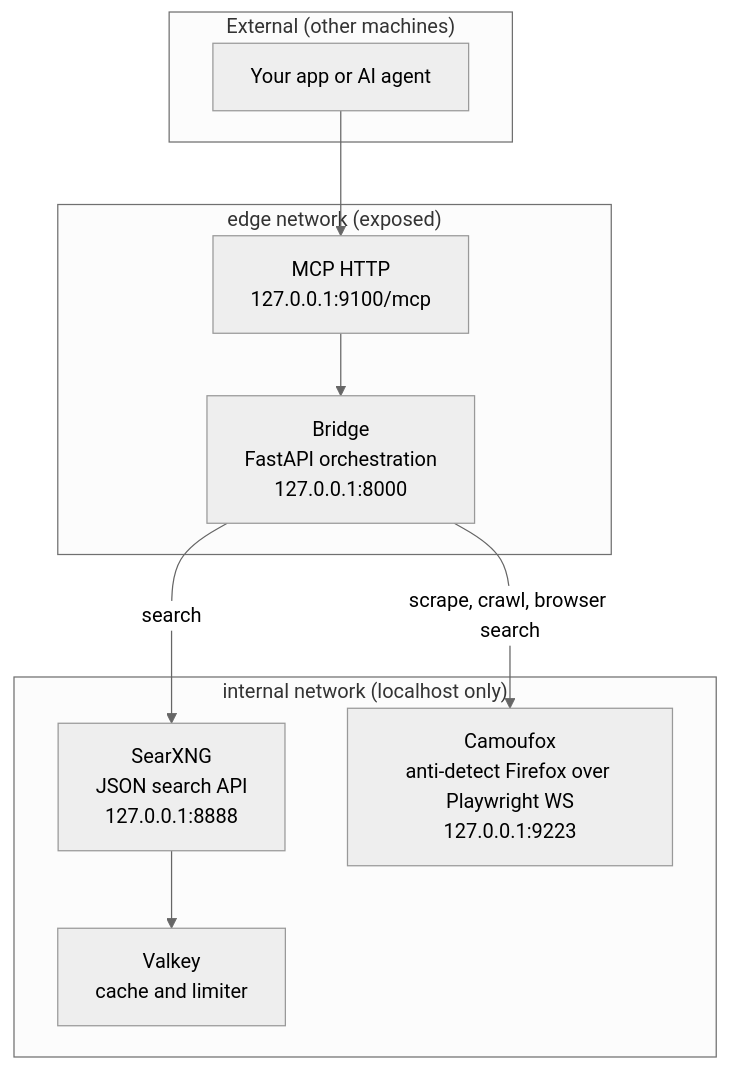
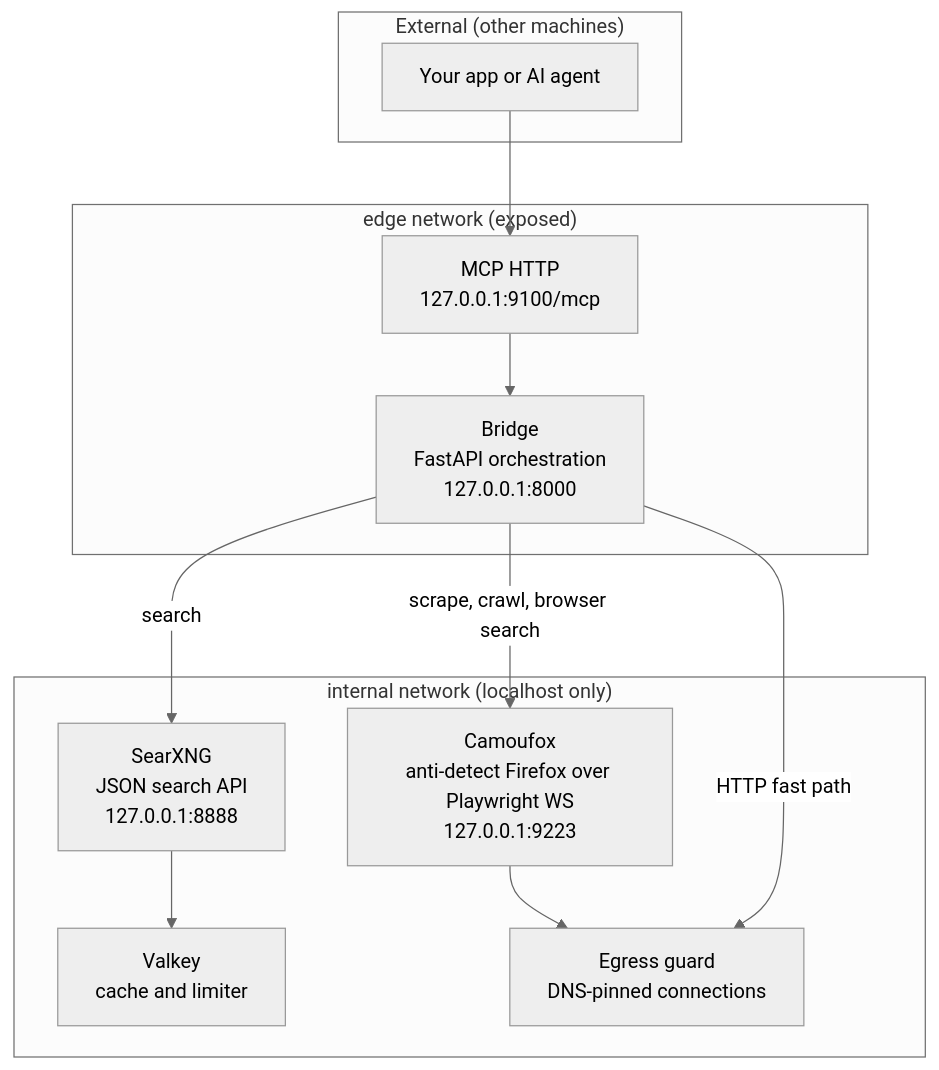
The first of 2 diagrams in README.md (kiuckhuang/web-scraping), drawn with Mermaid (neutral theme) before and after one commit. The commit also changed other lines of this file and 39 other files, not shown here.

````diff
--- a/README.md
+++ b/README.md
@@ -25,21 +25,24 @@
 ```mermaid
 flowchart TB
     subgraph external["External (other machines)"]
         client["Your app or AI agent"]
     end
     subgraph edge["edge network (exposed)"]
         mcp["MCP HTTP\n127.0.0.1:9100/mcp"]
         bridge["Bridge\nFastAPI orchestration\n127.0.0.1:8000"]
     end
     subgraph internal["internal network (localhost only)"]
         searx["SearXNG\nJSON search API\n127.0.0.1:8888"]
         camoufox["Camoufox\nanti-detect Firefox over Playwright WS\n127.0.0.1:9223"]
         valkey["Valkey\ncache and limiter"]
+        guard["Egress guard\nDNS-pinned connections"]
     end
 
     client --> mcp
     mcp --> bridge
     bridge -->|search| searx
     bridge -->|scrape, crawl, browser search| camoufox
     searx --> valkey
+    camoufox --> guard
+    bridge -->|HTTP fast path| guard
 ```
````
